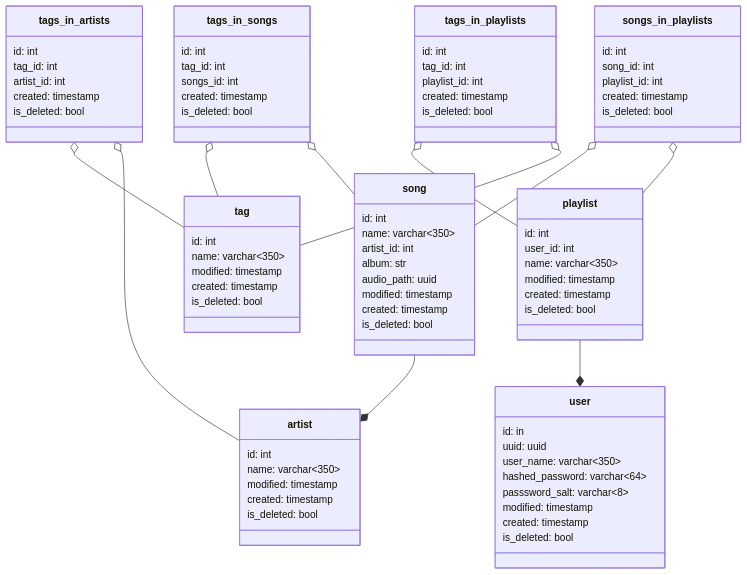
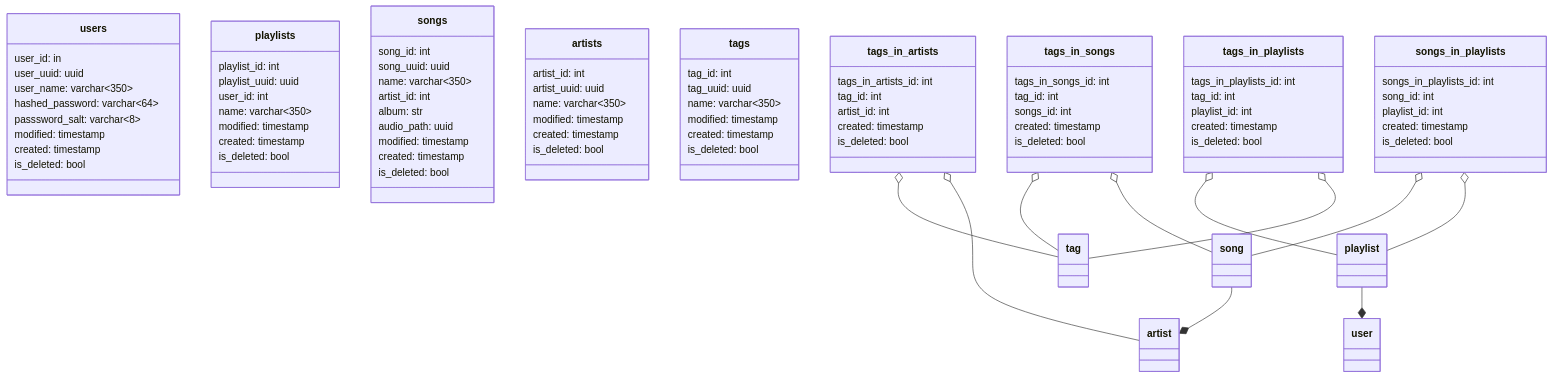
Before and after one commit to theglobehead/playlist-app-with-fastapi-react: the first of 2 diagrams in README.md, drawn with Mermaid. The commit also changed other lines of this file and 13 other files, not shown here.

````diff
--- a/README.md
+++ b/README.md
@@ -5,8 +5,8 @@
 ```mermaid
 classDiagram
-    class user{
-        id: in
-        uuid: uuid
+    class users{
+        user_id: in
+        user_uuid: uuid
         user_name: varchar<350>
         hashed_password: varchar<64>
         passsword_salt: varchar<8>
@@ -15,8 +15,9 @@
         is_deleted: bool
     }
 
-    class playlist{
-        id: int
+    class playlists{
+        playlist_id: int
+        playlist_uuid: uuid
         user_id: int
         name: varchar<350>
         modified: timestamp
@@ -24,8 +25,9 @@
         is_deleted: bool
     }
 
-    class song{
-        id: int
+    class songs{
+        song_id: int
+        song_uuid: uuid
         name: varchar<350>
         artist_id: int
         album: str
@@ -35,16 +37,18 @@
         is_deleted: bool
     }
 
-    class artist{
-        id: int
+    class artists{
+        artist_id: int
+        artist_uuid: uuid
         name: varchar<350>
         modified: timestamp
         created: timestamp
         is_deleted: bool
     }
 
-    class tag{
-        id: int
+    class tags{
+        tag_id: int
+        tag_uuid: uuid
         name: varchar<350>
         modified: timestamp
         created: timestamp
@@ -52,7 +56,7 @@
     }
 
     class tags_in_artists{
-        id: int
+        tags_in_artists_id: int
         tag_id: int
         artist_id: int
         created: timestamp
@@ -60,7 +64,7 @@
     }
 
     class tags_in_songs{
-        id: int
+        tags_in_songs_id: int
         tag_id: int
         songs_id: int
         created: timestamp
@@ -68,7 +72,7 @@
     }
 
     class tags_in_playlists{
-        id: int
+        tags_in_playlists_id: int
         tag_id: int
         playlist_id: int
         created: timestamp
@@ -76,7 +80,7 @@
     }
 
     class songs_in_playlists{
-        id: int
+        songs_in_playlists_id: int
         song_id: int
         playlist_id: int
         created: timestamp
````
